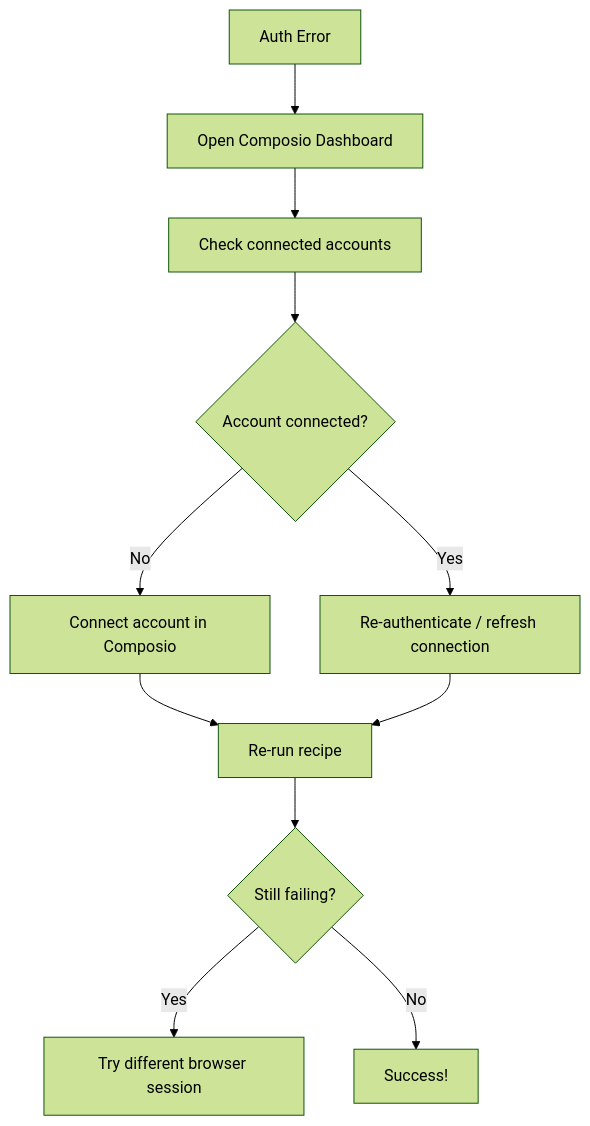
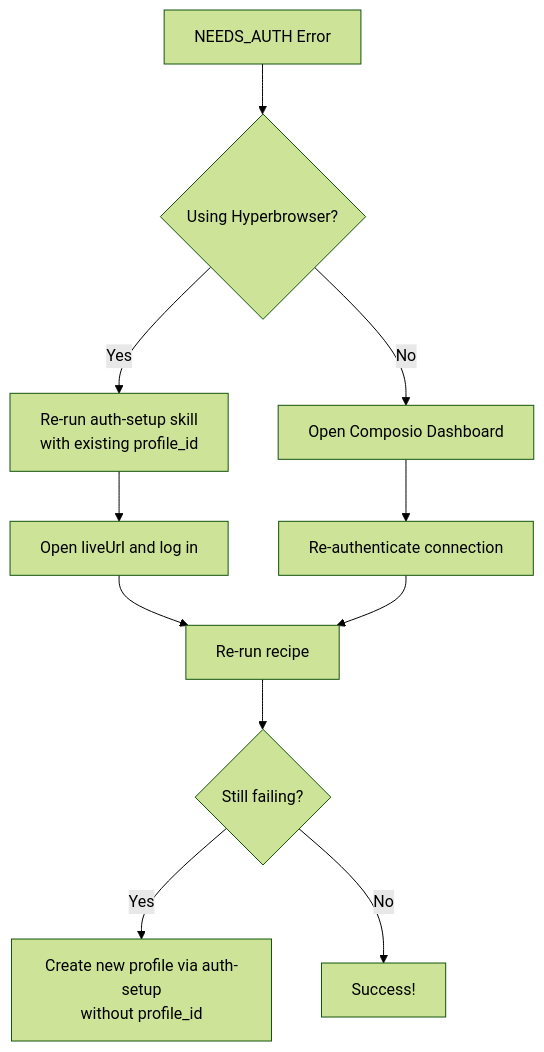
One commit to Coffee-Code-Philly-Accelerator/CCP-Digital-Marketing changed the first of 2 diagrams in docs/troubleshooting.md. Above: the diagram before and after it, drawn with Mermaid (forest theme). The commit also changed other lines of this file and 3 other files, not shown here.

First line of the commit message:
docs: sync documentation with Hyperbrowser architecture (#8)

````diff
--- a/docs/troubleshooting.md
+++ b/docs/troubleshooting.md
@@ -25,13 +25,13 @@
 ```mermaid
 flowchart TD
-    A[Auth Error] --> B[Open Composio Dashboard]
-    B --> C[Check connected accounts]
-    C --> D{Account connected?}
-    D -->|No| E[Connect account in Composio]
-    D -->|Yes| F[Re-authenticate / refresh connection]
-    E --> G[Re-run recipe]
-    F --> G
-    G --> H{Still failing?}
-    H -->|Yes| I[Try different browser session]
+    A[NEEDS_AUTH Error] --> B{Using Hyperbrowser?}
+    B -->|Yes| C[Re-run auth-setup skill<br/>with existing profile_id]
+    C --> D[Open liveUrl and log in]
+    D --> E[Re-run recipe]
+    B -->|No| F[Open Composio Dashboard]
+    F --> G[Re-authenticate connection]
+    G --> E
+    E --> H{Still failing?}
+    H -->|Yes| I[Create new profile via auth-setup<br/>without profile_id]
     H -->|No| J[Success!]
 ```
````
